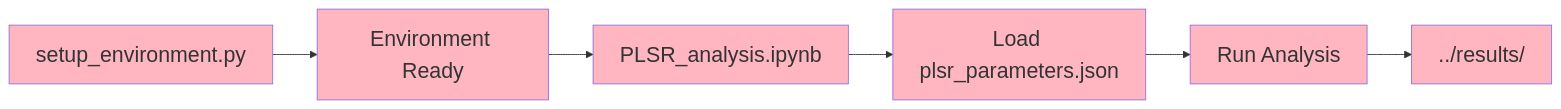
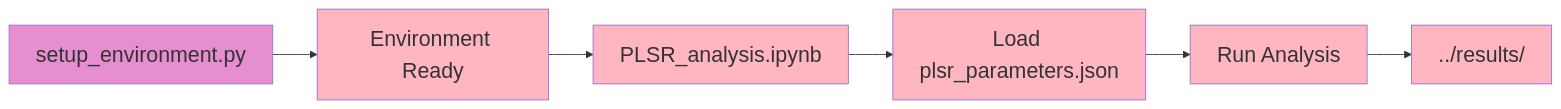
Before and after one commit to Shaswat-qm-researcher/Physics-Informed-Symbolic-Regression-for-Phonon-Related-Property-Prediction-and-Materials-Discovery: the diagram in plsr_feature_selection/code and config/README.md, drawn with Mermaid.

````diff
--- a/plsr_feature_selection/code and config/README.md
+++ b/plsr_feature_selection/code and config/README.md
@@ -142,14 +142,14 @@
 ```mermaid
 graph LR
     A[setup_environment.py] --> B[Environment Ready]
     B --> C[PLSR_analysis.ipynb]
     C --> D[Load plsr_parameters.json]
     D --> E[Run Analysis]
     E --> F[../results/]
-style A fill:#FFB6C1, font-size:24px, font-family:Arial
+style A fill:#E68ECF, font-size:24px, font-family:Arial
 style B fill:#FFB6C1, font-size:24px, font-family:Arial
 style C fill:#FFB6C1, font-size:24px, font-family:Arial
 style D fill:#FFB6C1, font-size:24px, font-family:Arial
 style E fill:#FFB6C1, font-size:24px, font-family:Arial
 style F fill:#FFB6C1, font-size:24px, font-family:Arial
 ```
````
